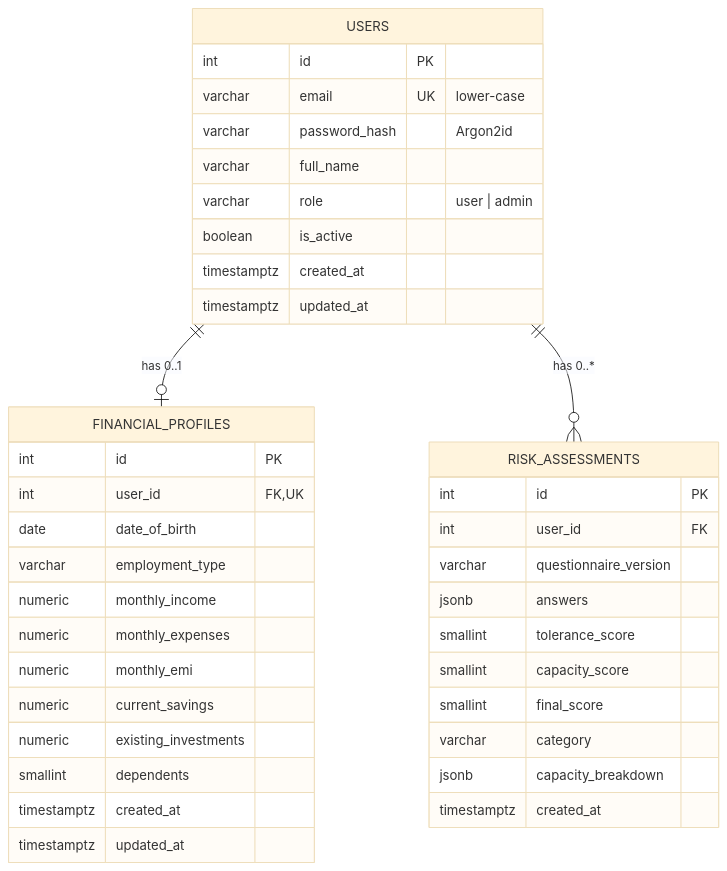
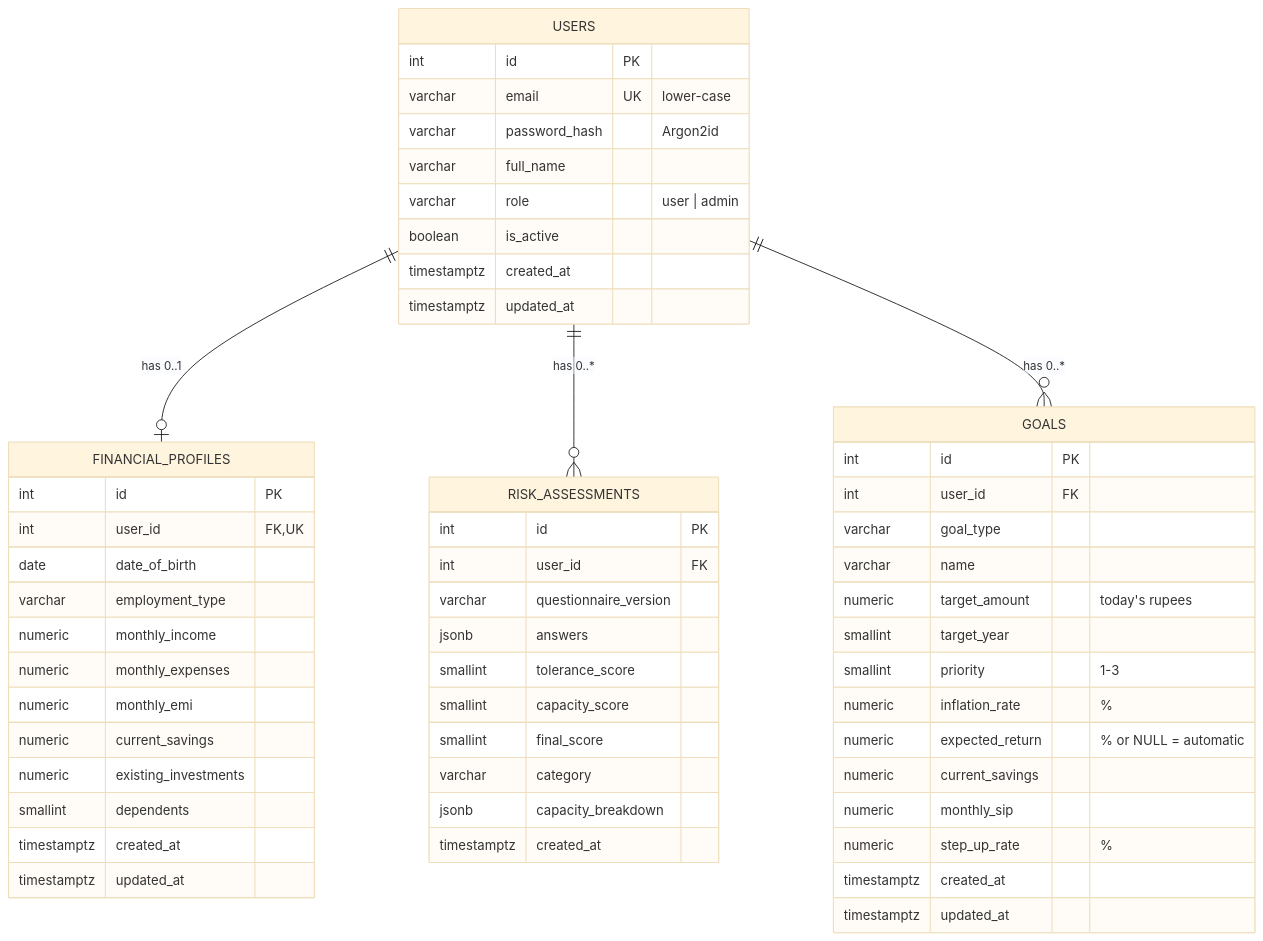
Before and after one commit to Mugundh98/goal_based_calculator: the diagram in docs/database.md, drawn with Mermaid (base theme). The commit also changed other lines of this file and 11 other files, not shown here.

````diff
--- a/docs/database.md
+++ b/docs/database.md
@@ -9,41 +9,58 @@
 ```mermaid
 erDiagram
     USERS ||--o| FINANCIAL_PROFILES : "has 0..1"
     USERS ||--o{ RISK_ASSESSMENTS : "has 0..*"
+    USERS ||--o{ GOALS : "has 0..*"
     USERS {
         int id PK
         varchar email UK "lower-case"
         varchar password_hash "Argon2id"
         varchar full_name
         varchar role "user | admin"
         boolean is_active
         timestamptz created_at
         timestamptz updated_at
     }
     FINANCIAL_PROFILES {
         int id PK
         int user_id FK,UK
         date date_of_birth
         varchar employment_type
         numeric monthly_income
         numeric monthly_expenses
         numeric monthly_emi
         numeric current_savings
         numeric existing_investments
         smallint dependents
         timestamptz created_at
         timestamptz updated_at
     }
     RISK_ASSESSMENTS {
         int id PK
         int user_id FK
         varchar questionnaire_version
         jsonb answers
         smallint tolerance_score
         smallint capacity_score
         smallint final_score
         varchar category
         jsonb capacity_breakdown
         timestamptz created_at
     }
+    GOALS {
+        int id PK
+        int user_id FK
+        varchar goal_type
+        varchar name
+        numeric target_amount "today's rupees"
+        smallint target_year
+        smallint priority "1-3"
+        numeric inflation_rate "%"
+        numeric expected_return "% or NULL = automatic"
+        numeric current_savings
+        numeric monthly_sip
+        numeric step_up_rate "%"
+        timestamptz created_at
+        timestamptz updated_at
+    }
 ```
````
